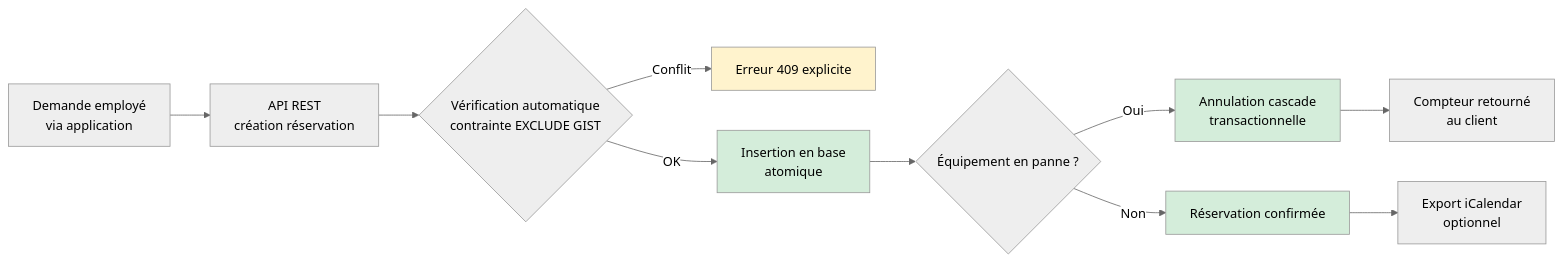
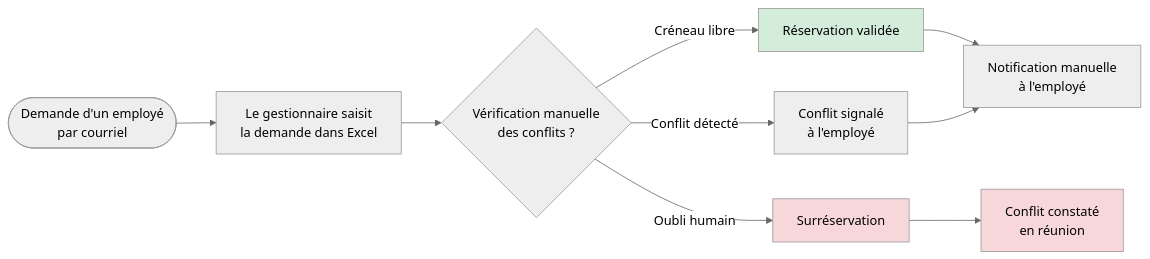
One commit to UBONGO2000/roomops changed the diagram in docs/01-bpmn-avant.md. Above: the diagram before and after it, drawn with Mermaid (neutral theme). The commit also changed other lines of this file, not shown here.

Commit message:
Revise manual reservation process diagram
Updated the manual reservation process diagram to reflect changes in the workflow and added details on limitations.

````diff
--- a/docs/01-bpmn-avant.md
+++ b/docs/01-bpmn-avant.md
@@ -2,18 +7,15 @@
 ```mermaid
 flowchart LR
-    A[Demande employé<br/>via application] --> B[API REST<br/>création réservation]
-    B --> C{Vérification automatique<br/>contrainte EXCLUDE GIST}
-    C -- Conflit --> 
-    D[Erreur 409 explicite]
-    C -- OK --> E[Insertion en base<br/>atomique]
-    E --> F{Équipement en panne ?}
-    F -- Oui --> G[Annulation cascade<br/>transactionnelle]
-    F -- Non --> H[Réservation confirmée]
-    G --> I[Compteur retourné<br/>au client]
-    H --> J[Export iCalendar<br/>optionnel]
-    
-	style D fill:#fff3cd
-	style E fill:#d4edda
-	style G fill:#d4edda
-	style H fill:#d4edda
+    A(["Demande d'un employé<br/>par courriel"]) --> B["Le gestionnaire saisit<br/>la demande dans Excel"]
+    B --> C{"Vérification manuelle<br/>des conflits ?"}
+    C -->|"Créneau libre"| D["Réservation validée"]
+    C -->|"Conflit détecté"| E["Conflit signalé<br/>à l'employé"]
+    C -->|"Oubli humain"| F["Surréservation"]
+    F --> G["Conflit constaté<br/>en réunion"]
+    D --> H["Notification manuelle<br/>à l'employé"]
+    E --> H
+
+    style F fill:#f8d7da
+    style G fill:#f8d7da
+    style D fill:#d4edda
 ```
````
